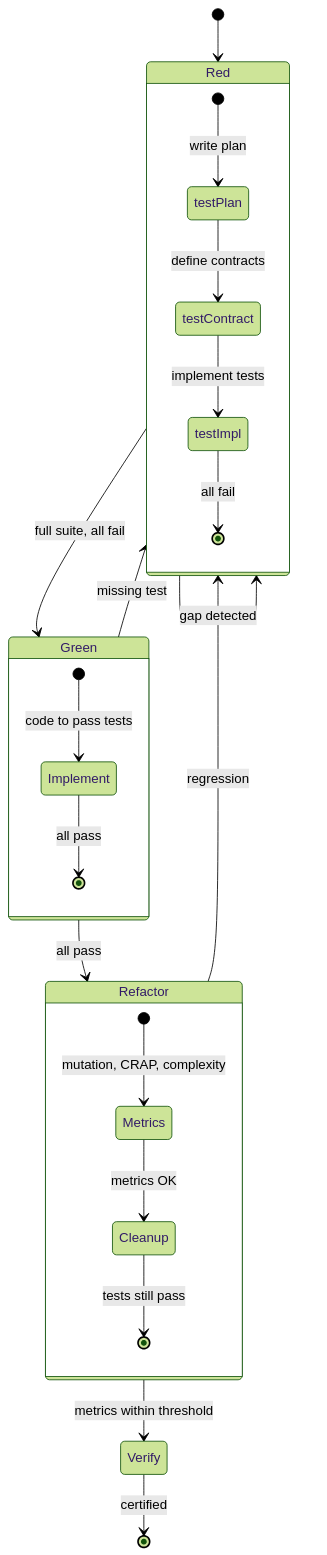
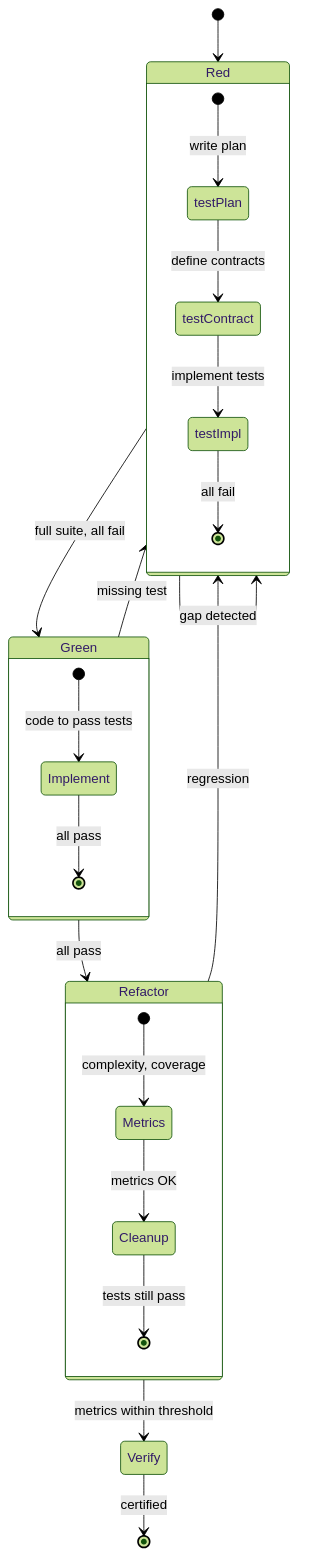
One commit to virgenherrera/virgil changed diagram 15 of 48 in docs/reference/principia/constitution.md. Above: the diagram before and after it, drawn with Mermaid (forest theme). The commit also changed other lines of this file and 3 other files, not shown here.

First line of the commit message:
docs: constitutional amendment — CLI architecture alignment

````diff
--- a/docs/reference/principia/constitution.md
+++ b/docs/reference/principia/constitution.md
@@ -662,33 +685,33 @@
 ```mermaid
 stateDiagram-v2
     [*] --> Red
 
     state Red {
         [*] --> testPlan : write plan
         testPlan --> testContract : define contracts
         testContract --> testImpl : implement tests
         testImpl --> [*] : all fail
     }
 
     Red --> Green : full suite, all fail
 
     state Green {
         [*] --> Implement : code to pass tests
         Implement --> [*] : all pass
     }
 
     Green --> Refactor : all pass
 
     state Refactor {
-        [*] --> Metrics : mutation, CRAP, complexity
+        [*] --> Metrics : complexity, coverage
         Metrics --> Cleanup : metrics OK
         Cleanup --> [*] : tests still pass
     }
 
     Refactor --> Verify : metrics within threshold
     Verify --> [*] : certified
 
     Red --> Red : gap detected
     Green --> Red : missing test
     Refactor --> Red : regression
 ```
````
